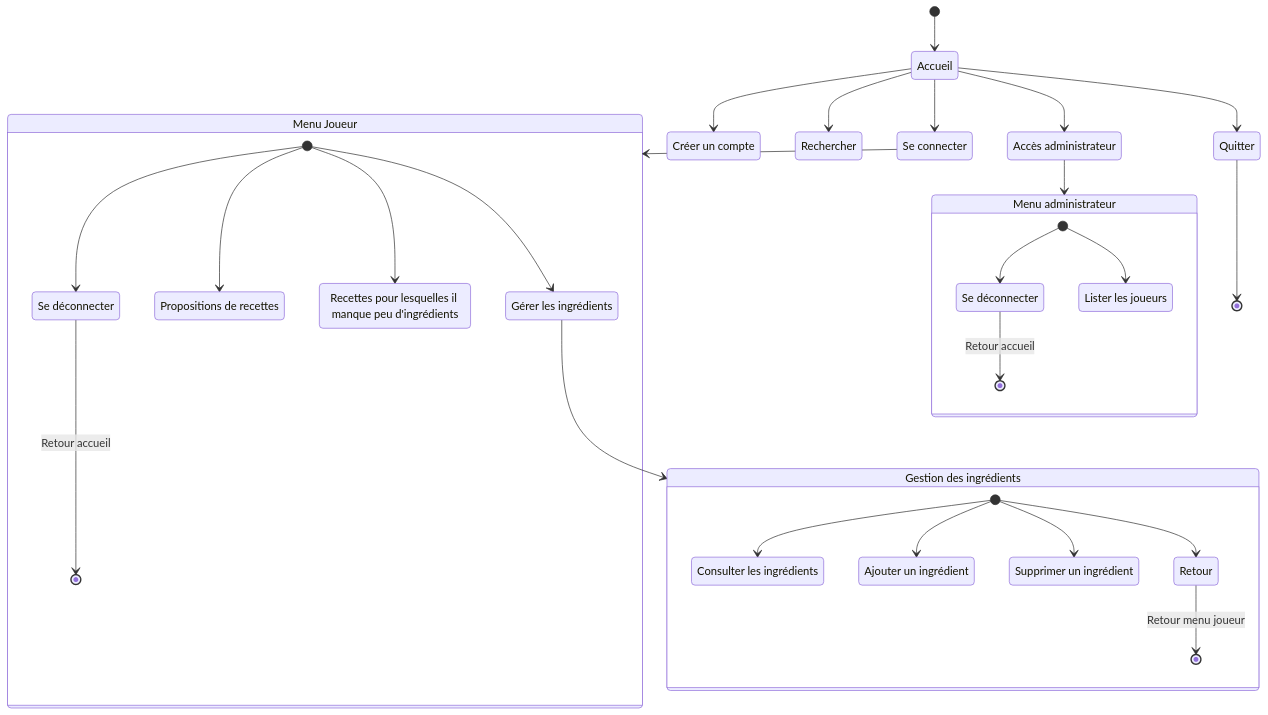
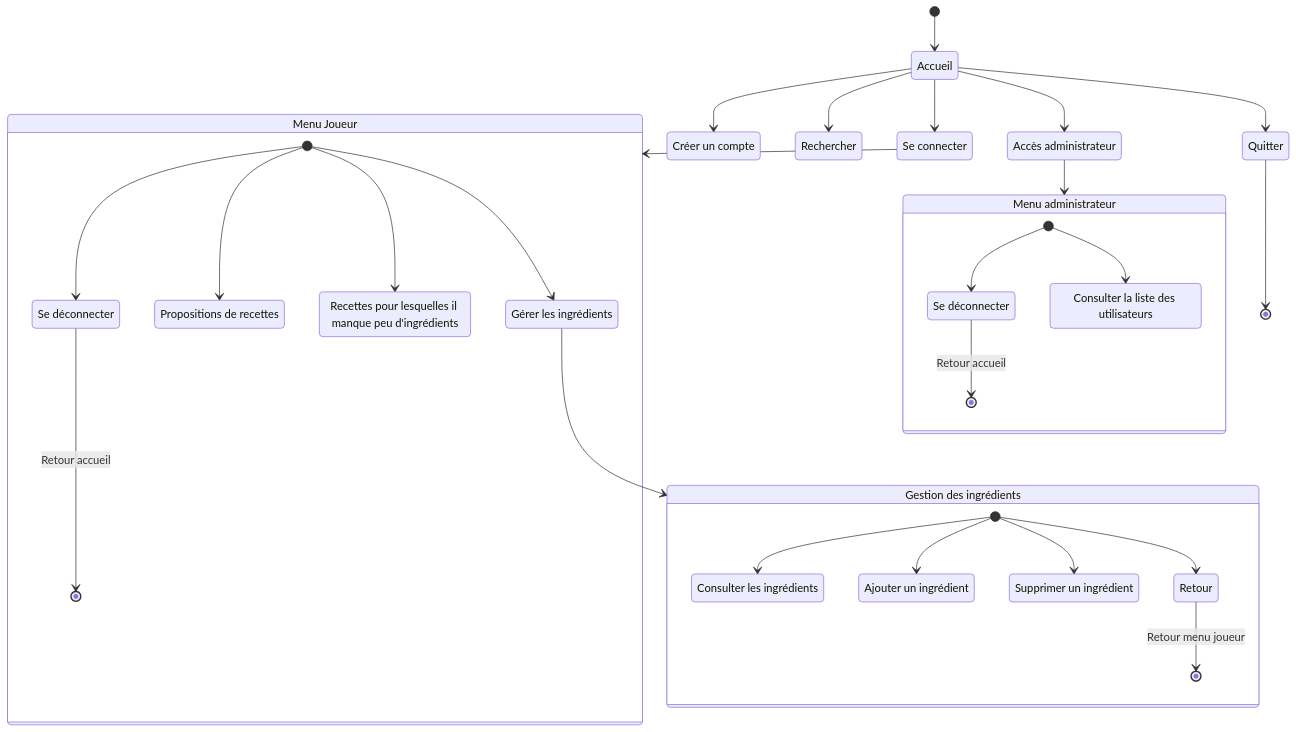
Before and after one commit to bbrunel/ENSAI-2A-projet-info: the diagram in doc/diag_activites.md, drawn with Mermaid.

Commit message:
Utilisateurs plutôt que joueurs diag act

````diff
--- a/doc/diag_activites.md
+++ b/doc/diag_activites.md
@@ -19,58 +19,58 @@
 ```mermaid
 stateDiagram
     login : Se connecter
     menu_joueur : Menu Joueur
     menu_ingr : Gestion des ingrédients
     logon : Créer un compte
     gerer_ingr : Gérer les ingrédients
     Consulter_les_ingrédients : Consulter les ingrédients
     Ajouter_un_ingrédient : Ajouter un ingrédient
     Supprimer_un_ingrédient : Supprimer un ingrédient
     recettes : Propositions de recettes
     rec_ingr_manquant : Recettes pour lesquelles il manque peu d'ingrédients
     logout : Se déconnecter
     admin : Accès administrateur
     admin_out : Se déconnecter
-    list_joueurs : Lister les joueurs
+    list_joueurs : Consulter la liste des utilisateurs
     menu_admin : Menu administrateur
     
     [*] --> Accueil
     
     Accueil --> Rechercher
 
     Accueil --> login
     login --> menu_joueur
     
     Accueil --> logon
 
     Accueil --> admin
     admin --> menu_admin
     
     Accueil --> Quitter
     Quitter --> [*]
 
     state menu_admin {
       [*] --> list_joueurs
       [*] --> admin_out
       admin_out --> [*]: Retour accueil
     }
     
     state menu_joueur {
     	[*] --> gerer_ingr
       [*] --> recettes
       [*] --> rec_ingr_manquant
     	[*] --> logout
       logout --> [*]:Retour accueil
     }
 
   gerer_ingr --> menu_ingr
 
     state menu_ingr {
       [*] --> Consulter_les_ingrédients
       [*] --> Ajouter_un_ingrédient
       [*] --> Supprimer_un_ingrédient
       [*] --> Retour
       Retour --> [*]: Retour menu joueur
         
     }
 ```
````
